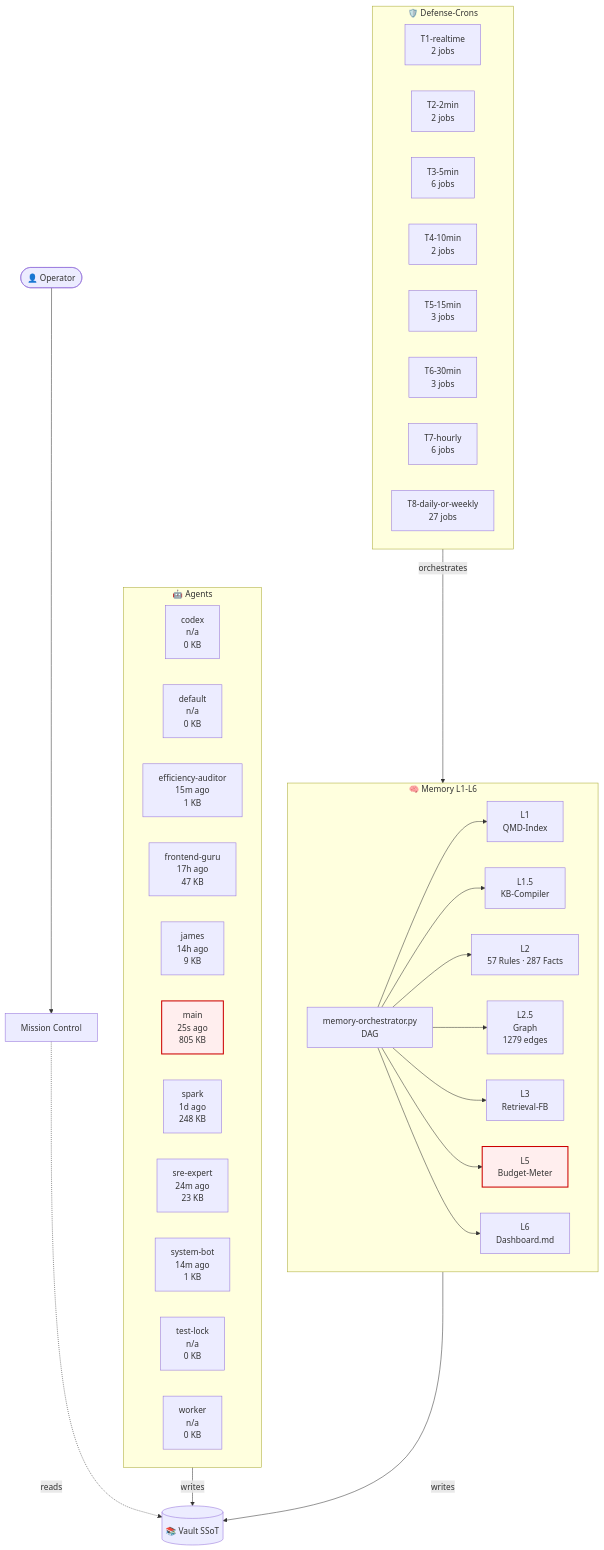
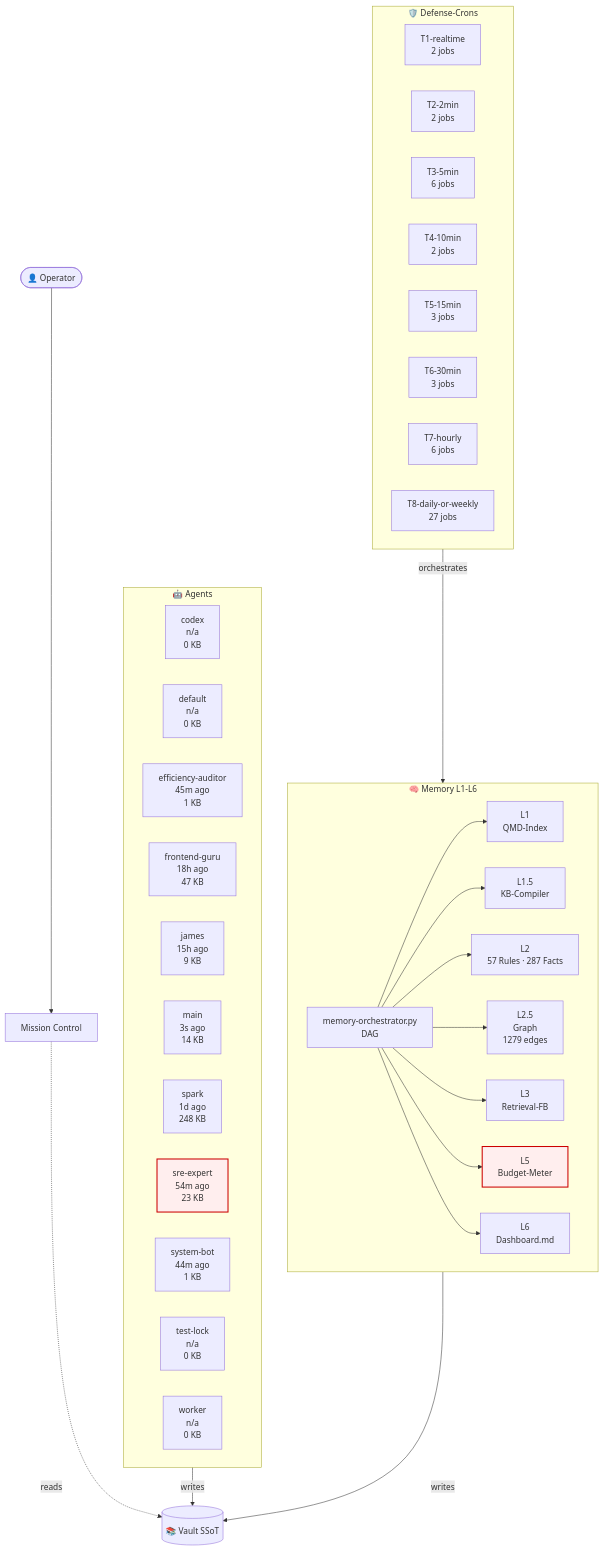
The diagram in 03-Agents/architecture-live.md (lenardhuebner88-rgb/openclaw-memory), drawn with Mermaid before and after one commit. The commit also changed other lines of this file and 7 other files, not shown here.

````diff
--- a/03-Agents/architecture-live.md
+++ b/03-Agents/architecture-live.md
@@ -18,54 +18,54 @@
 ```mermaid
 flowchart TB
     classDef critical fill:#fee,stroke:#c00,stroke-width:2px;
     subgraph AGT["🤖 Agents"]
         agent_codex["codex<br/>n/a<br/>0 KB"]
         agent_default["default<br/>n/a<br/>0 KB"]
-        agent_efficiency_auditor["efficiency-auditor<br/>15m ago<br/>1 KB"]
-        agent_frontend_guru["frontend-guru<br/>17h ago<br/>47 KB"]
-        agent_james["james<br/>14h ago<br/>9 KB"]
-        agent_main["main<br/>25s ago<br/>805 KB"]
+        agent_efficiency_auditor["efficiency-auditor<br/>45m ago<br/>1 KB"]
+        agent_frontend_guru["frontend-guru<br/>18h ago<br/>47 KB"]
+        agent_james["james<br/>15h ago<br/>9 KB"]
+        agent_main["main<br/>3s ago<br/>14 KB"]
         agent_spark["spark<br/>1d ago<br/>248 KB"]
-        agent_sre_expert["sre-expert<br/>24m ago<br/>23 KB"]
-        agent_system_bot["system-bot<br/>14m ago<br/>1 KB"]
+        agent_sre_expert["sre-expert<br/>54m ago<br/>23 KB"]
+        agent_system_bot["system-bot<br/>44m ago<br/>1 KB"]
         agent_test_lock["test-lock<br/>n/a<br/>0 KB"]
         agent_worker["worker<br/>n/a<br/>0 KB"]
     end
     subgraph MEM["🧠 Memory L1-L6"]
         L1["L1<br/>QMD-Index"]
         L15["L1.5<br/>KB-Compiler"]
         L2["L2<br/>57 Rules · 287 Facts"]
         L25["L2.5<br/>Graph<br/>1279 edges"]
         L3["L3<br/>Retrieval-FB"]
         L5["L5<br/>Budget-Meter"]
         L6["L6<br/>Dashboard.md"]
         ORCH["memory-orchestrator.py<br/>DAG"]
     end
     subgraph CRN["🛡️ Defense-Crons"]
         tier_T1_realtime["T1-realtime<br/>2 jobs"]
         tier_T2_2min["T2-2min<br/>2 jobs"]
         tier_T3_5min["T3-5min<br/>6 jobs"]
         tier_T4_10min["T4-10min<br/>2 jobs"]
         tier_T5_15min["T5-15min<br/>3 jobs"]
         tier_T6_30min["T6-30min<br/>3 jobs"]
         tier_T7_hourly["T7-hourly<br/>6 jobs"]
         tier_T8_daily_or_weekly["T8-daily-or-weekly<br/>27 jobs"]
     end
     VAULT[("📚 Vault SSoT")]
     OP([👤 Operator])
     MC["Mission Control"]
     OP --> MC
     MC -.reads.-> VAULT
     AGT -->|writes| VAULT
     MEM -->|writes| VAULT
     ORCH --> L1
     ORCH --> L15
     ORCH --> L2
     ORCH --> L25
     ORCH --> L3
     ORCH --> L5
     ORCH --> L6
     CRN -->|orchestrates| MEM
     class L5 critical
-    class agent_main critical
+    class agent_sre_expert critical
 ```
````
